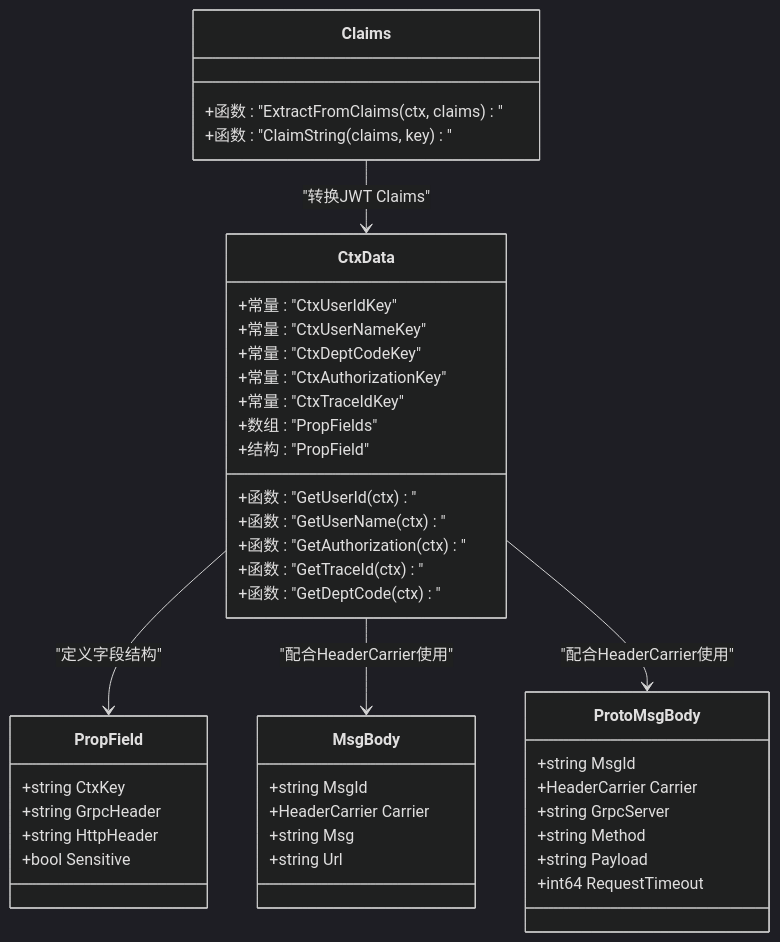
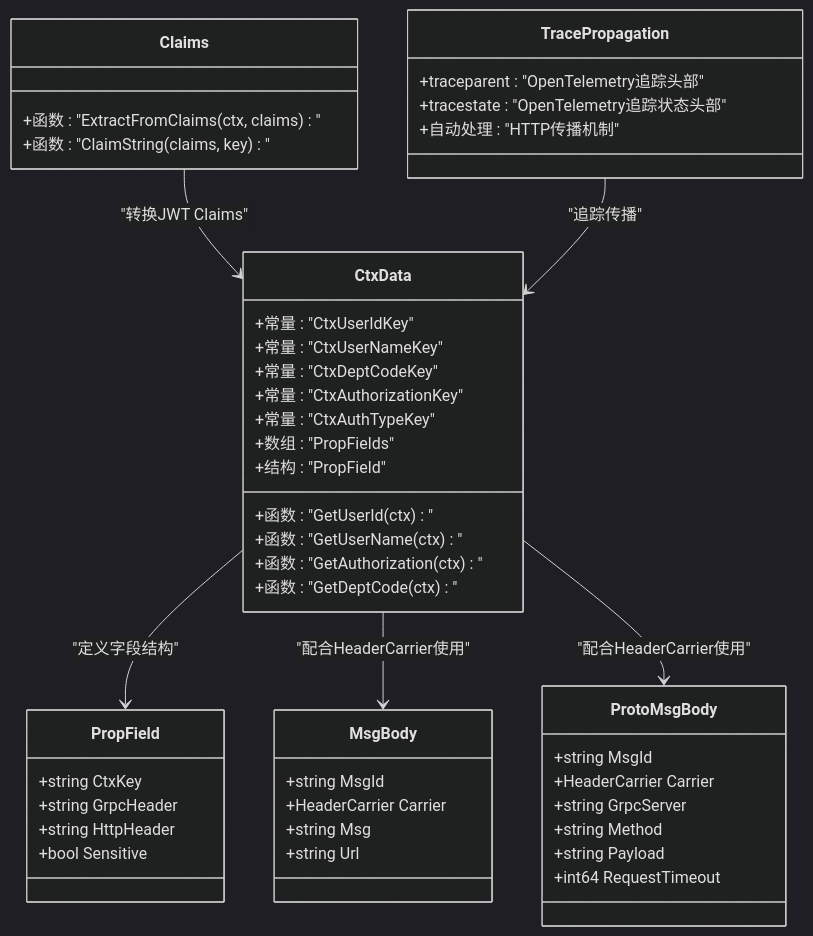
One commit to maomao94/zero-service changed the third of 5 diagrams in .qoder/repowiki/zh/content/公共组件库/工具组件/上下文执行工具/上下文数据管理.md. Above: the diagram before and after it, drawn with Mermaid (dark theme). The commit also changed other lines of this file and 25 other files, not shown here.

````diff
--- a/.qoder/repowiki/zh/content/公共组件库/工具组件/上下文执行工具/上下文数据管理.md
+++ b/.qoder/repowiki/zh/content/公共组件库/工具组件/上下文执行工具/上下文数据管理.md
@@ -207,45 +216,50 @@
 ```mermaid
 classDiagram
 class CtxData {
 +常量 : "CtxUserIdKey"
 +常量 : "CtxUserNameKey"
 +常量 : "CtxDeptCodeKey"
 +常量 : "CtxAuthorizationKey"
-+常量 : "CtxTraceIdKey"
++常量 : "CtxAuthTypeKey"
 +数组 : "PropFields"
 +结构 : "PropField"
 +函数 : "GetUserId(ctx)"
 +函数 : "GetUserName(ctx)"
 +函数 : "GetAuthorization(ctx)"
-+函数 : "GetTraceId(ctx)"
 +函数 : "GetDeptCode(ctx)"
 }
 class PropField {
 +string CtxKey
 +string GrpcHeader
 +string HttpHeader
 +bool Sensitive
 }
 class MsgBody {
 +string MsgId
 +HeaderCarrier Carrier
 +string Msg
 +string Url
 }
 class ProtoMsgBody {
 +string MsgId
 +HeaderCarrier Carrier
 +string GrpcServer
 +string Method
 +string Payload
 +int64 RequestTimeout
 }
 class Claims {
 +函数 : "ExtractFromClaims(ctx, claims)"
 +函数 : "ClaimString(claims, key)"
 }
+class TracePropagation {
++traceparent : "OpenTelemetry追踪头部"
++tracestate : "OpenTelemetry追踪状态头部"
++自动处理 : "HTTP传播机制"
+}
 CtxData --> PropField : "定义字段结构"
 CtxData --> MsgBody : "配合HeaderCarrier使用"
 CtxData --> ProtoMsgBody : "配合HeaderCarrier使用"
 Claims --> CtxData : "转换JWT Claims"
+TracePropagation --> CtxData : "追踪传播"
 ```
````
